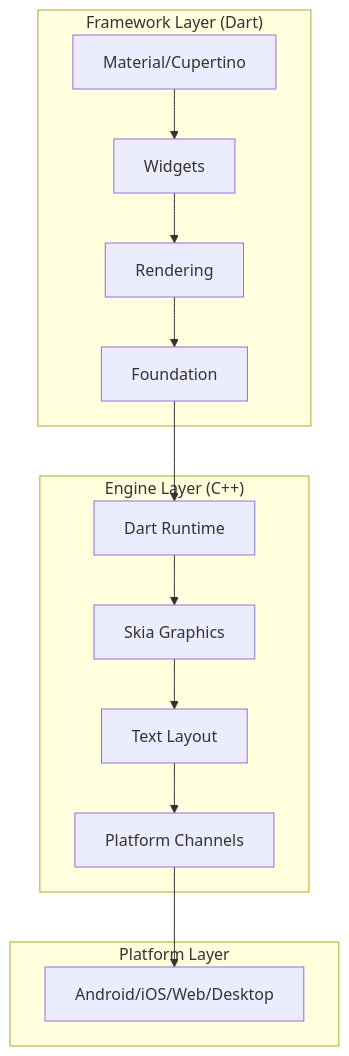
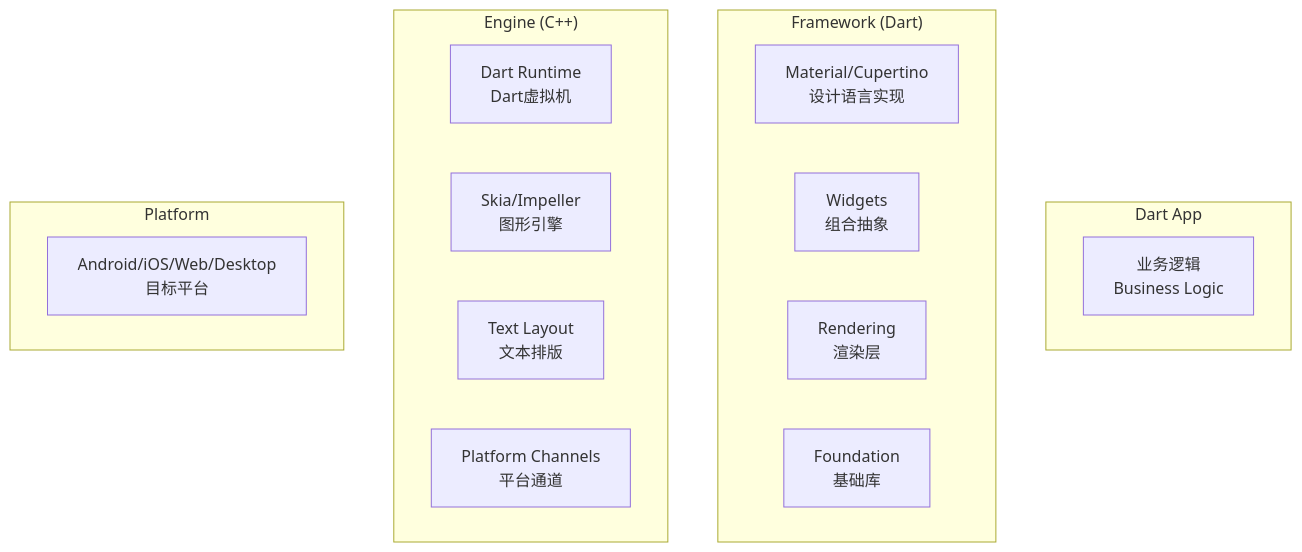
The fourth of 19 diagrams in OneApp架构设计文档.md (aichiko0225/oneapp_docs), drawn with Mermaid before and after one commit. The commit also changed other lines of this file and 2 other files, not shown here.

````diff
--- a/OneApp架构设计文档.md
+++ b/OneApp架构设计文档.md
@@ -332,19 +332,24 @@
 ```mermaid
 graph TB
-    subgraph "Framework Layer (Dart)"
-        A[Material/Cupertino] --> B[Widgets]
-        B --> C[Rendering]
-        C --> D[Foundation]
+    subgraph "Dart App"
+        A[业务逻辑<br/>Business Logic]
     end
     
-    subgraph "Engine Layer (C++)"
-        D --> E[Dart Runtime]
-        E --> F[Skia Graphics]
-        F --> G[Text Layout]
-        G --> H[Platform Channels]
+    subgraph "Framework (Dart)"
+        B[Material/Cupertino<br/>设计语言实现]
+        C[Widgets<br/>组合抽象]
+        D[Rendering<br/>渲染层]
+        E[Foundation<br/>基础库]
     end
     
-    subgraph "Platform Layer"
-        H --> I[Android/iOS/Web/Desktop]
+    subgraph "Engine (C++)"
+        F[Dart Runtime<br/>Dart虚拟机]
+        G[Skia/Impeller<br/>图形引擎]
+        H[Text Layout<br/>文本排版]
+        I[Platform Channels<br/>平台通道]
+    end
+    
+    subgraph "Platform"
+        J[Android/iOS/Web/Desktop<br/>目标平台]
     end
 ```
````
